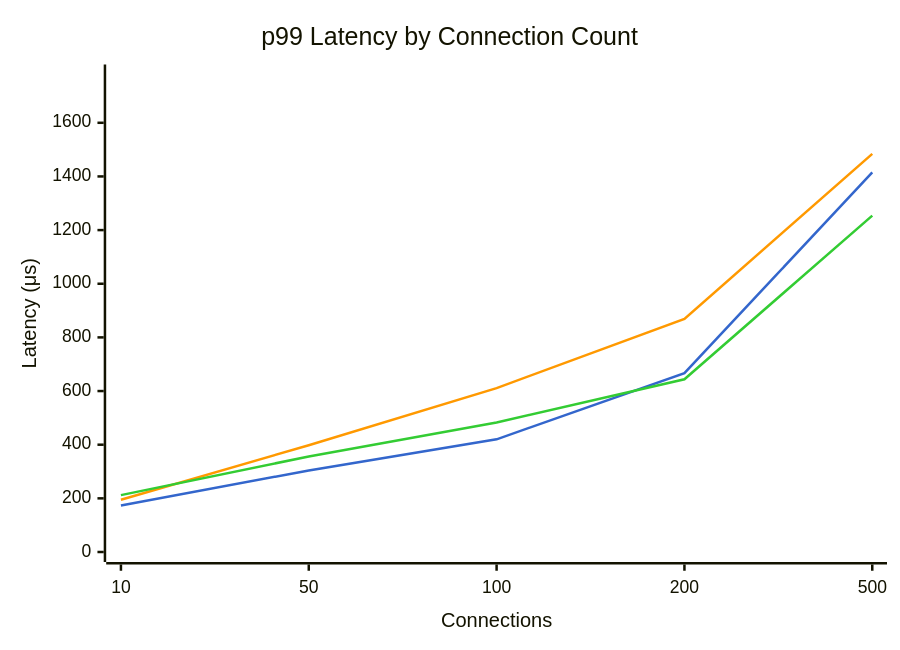
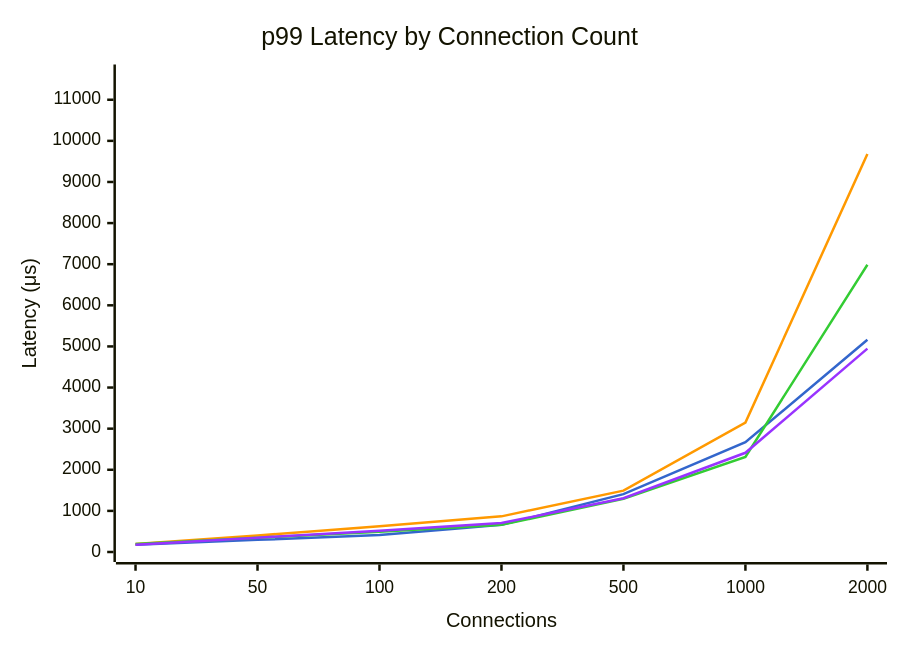
Before and after one commit to youyuanwu/bypass-misc: the sixth of 6 diagrams in docs/Bench/Azure/Standard_D8s_v5.md, drawn with Mermaid. The commit also changed other lines of this file and 15 other files, not shown here.

````diff
--- a/docs/Bench/Azure/Standard_D8s_v5.md
+++ b/docs/Bench/Azure/Standard_D8s_v5.md
@@ -133,15 +151,16 @@
 ```mermaid
 ---
 config:
     themeVariables:
         xyChart:
-            plotColorPalette: "#3366cc, #ff9900, #33cc33"
+            plotColorPalette: "#3366cc, #ff9900, #33cc33, #9933ff"
 ---
 xychart-beta
     title "p99 Latency by Connection Count"
-    x-axis "Connections" [10, 50, 100, 200, 500]
-    y-axis "Latency (μs)" 0 --> 1780
-    line "dpdk" [173, 304, 420, 667, 1415]
-    line "tokio" [195, 398, 611, 869, 1484]
-    line "tokio-local" [212, 356, 483, 644, 1254]
+    x-axis "Connections" [10, 50, 100, 200, 500, 1000, 2000]
+    y-axis "Latency (μs)" 0 --> 11614
+    line "dpdk" [175, 295, 412, 660, 1408, 2669, 5163]
+    line "tokio" [197, 401, 624, 867, 1492, 3147, 9679]
+    line "tokio-local" [197, 347, 492, 662, 1294, 2313, 6987]
+    line "kimojio" [178, 349, 517, 703, 1307, 2413, 4947]
 ```
````
